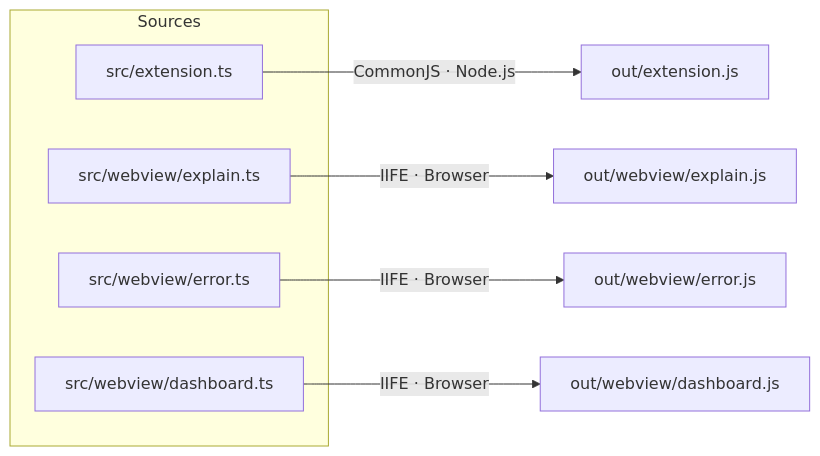
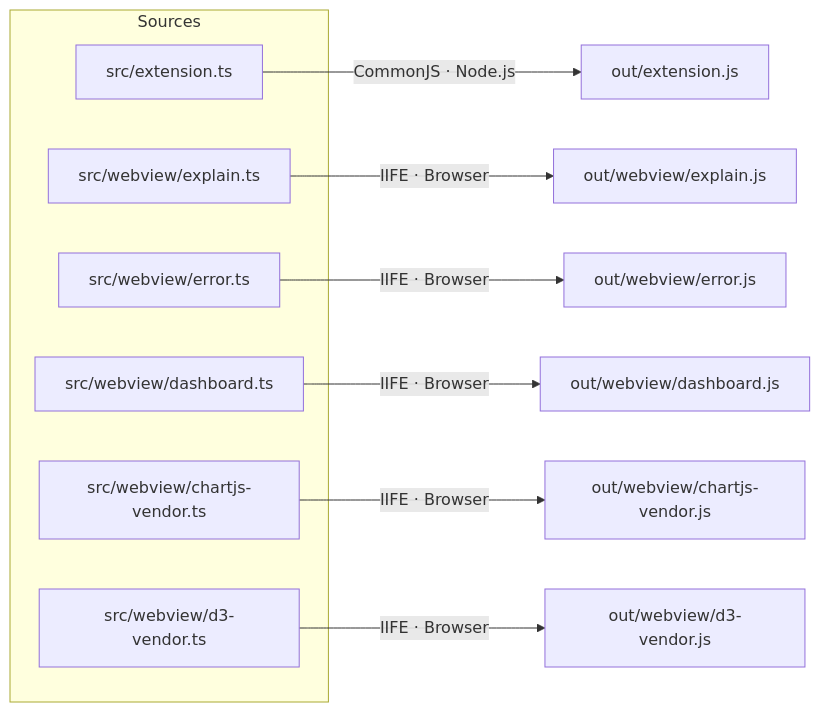
Before and after one commit to cesarandreslopez/sidekick-agent-hub: the first of 2 diagrams in docs/architecture/overview.md, drawn with Mermaid. The commit also changed other lines of this file and 3 other files, not shown here.

````diff
--- a/docs/architecture/overview.md
+++ b/docs/architecture/overview.md
@@ -7,14 +7,18 @@
 ```mermaid
 flowchart LR
     subgraph Sources
         EXT["src/extension.ts"]
         EXP["src/webview/explain.ts"]
         ERR["src/webview/error.ts"]
         DSH["src/webview/dashboard.ts"]
+        CHART["src/webview/chartjs-vendor.ts"]
+        D3["src/webview/d3-vendor.ts"]
     end
 
     EXT -->|CommonJS · Node.js| O1["out/extension.js"]
     EXP -->|IIFE · Browser| O2["out/webview/explain.js"]
     ERR -->|IIFE · Browser| O3["out/webview/error.js"]
     DSH -->|IIFE · Browser| O4["out/webview/dashboard.js"]
+    CHART -->|IIFE · Browser| O5["out/webview/chartjs-vendor.js"]
+    D3 -->|IIFE · Browser| O6["out/webview/d3-vendor.js"]
 ```
````
